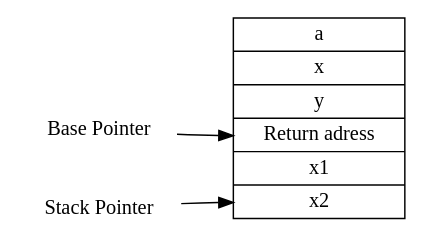
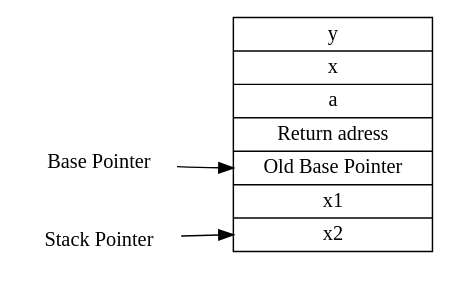
The diagram in TDT4205 Task4/stackframe.gv (hessenh/Skole), drawn with Graphviz before and after one commit. The commit also changed 64 other files, not shown here.

```diff
--- a/TDT4205 Task4/stackframe.gv
+++ b/TDT4205 Task4/stackframe.gv
@@ -1,13 +1,13 @@
 //Parse tree for LL(1)
 //Parsing of f i v i i i i w s s s x 
 
 digraph "Parse tree" {
 	rankdir="LR"
    node [shape=record];
-    stack [label="a|x|y|<bp>Return adress|x1|<sp>x2"];
+    stack [label="y|x|a|Return adress|<bp>Old Base Pointer|x1|<sp>x2"];
     SP->stack:sp
     BP->stack:bp
     
     SP[shape=plaintext,label="Stack Pointer"]
     BP[shape=plaintext,label="Base Pointer"]
 }
```
